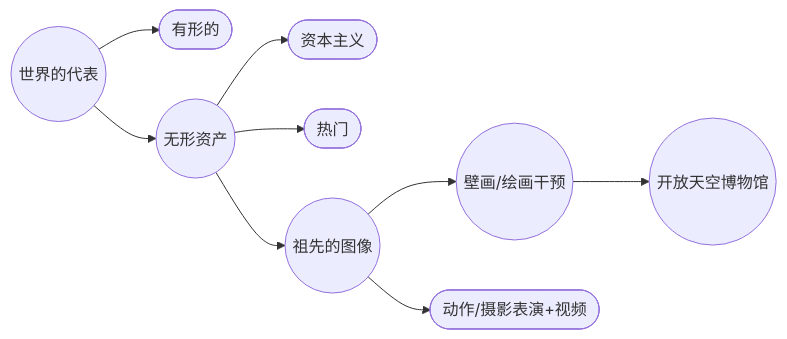
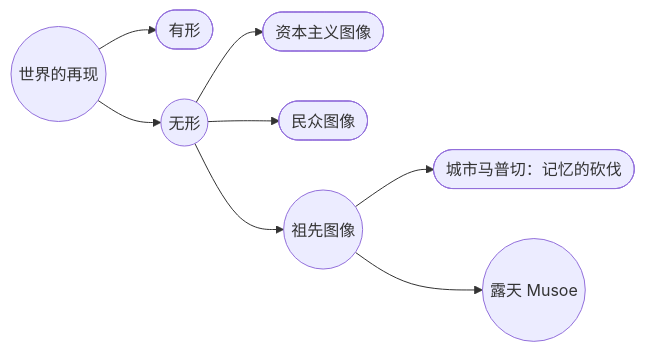
The diagram in CHN/musoe-a-cielo-abierto.md (EGGS-Artesvisuales/EGGS-Artesvisuales.github.io), drawn with Mermaid before and after one commit. The commit also changed other lines of this file and 77 other files, not shown here.

```diff
--- a/CHN/musoe-a-cielo-abierto.md
+++ b/CHN/musoe-a-cielo-abierto.md
@@ -28,30 +28,18 @@
 <div class="mermaid">
 flowchart LR
-  %% Página: Representación del Mundo
-  %% Regla visual:
-  %% - Ruta activa (触及的节点): ((圆形的))
-  %% - Hermanos / ramas fuera de ruta: ([圆角矩形])
-
-  A((世界的代表)) --> T([有形的])
-  A --> I((无形资产))
-
-  I --> C([资本主义])
-  I --> P([热门])
-  I --> AN((祖先的图像))
-
-  AN --> AN_M((壁画/绘画干预))
-  AN --> AN_A([动作/摄影表演+视频])
-
-  AN_M --> MCA((开放天空博物馆))
-
-  %% Links (是/)
-  click A "/CHN/mundo-exterior.html" "前往世界代表"
-  click T "/CHN/tangible.html" "走向有形"
-  click I "/CHN/intangible.html" "走向无形"
-  click C "/CHN/en-construccion.html" "建设中"
-  click P "/CHN/en-construccion.html" "建设中"
-  click AN "/CHN/imagenes-ancestros.html" "前往祖先画像"
-
-  click AN_A "/CHN/en-construccion.html" "建设中"
-  click MCA "/CHN/musoe-a-cielo-abierto.html" "前往开放天空博物馆"
+  A((世界的再现)) --> T([有形])
+  A --> I((无形))
+  I --> C([资本主义图像])
+  I --> P([民众图像])
+  I --> AN((祖先图像))
+  AN --> TA([城市马普切：记忆的砍伐])
+  AN --> MU((露天 Musoe))
+  click A "/CHN/mundo-exterior.html" "前往世界的再现"
+  click T "/CHN/tangible.html" "前往有形"
+  click I "/CHN/intangible.html" "前往无形"
+  click C "/CHN/imagenes-capitalismo.html" "前往资本主义图像"
+  click P "/CHN/imagenes-popular.html" "前往民众图像"
+  click AN "/CHN/imagenes-ancestros.html" "前往祖先图像"
+  click TA "/CHN/mapuche-urbano.html" "前往记忆的砍伐"
+  click MU "/CHN/musoe-a-cielo-abierto.html" "您在这里"
 </div>
```
